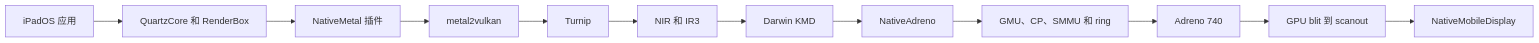
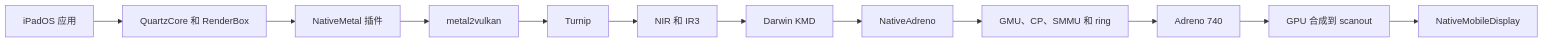
Before and after one commit to 0721GPT/UniXNU: the diagram in docs/zh/drivers/native-adreno.md, drawn with Mermaid. The commit also changed other lines of this file and 13 other files, not shown here.

````diff
--- a/docs/zh/drivers/native-adreno.md
+++ b/docs/zh/drivers/native-adreno.md
@@ -7,14 +7,14 @@
 ```mermaid
 flowchart LR
   A[iPadOS 应用] --> B[QuartzCore 和 RenderBox]
   B --> C[NativeMetal 插件]
   C --> D[metal2vulkan]
   D --> E[Turnip]
   E --> F[NIR 和 IR3]
   F --> G[Darwin KMD]
   G --> H[NativeAdreno]
   H --> I[GMU、CP、SMMU 和 ring]
   I --> J[Adreno 740]
-  J --> K[GPU blit 到 scanout]
+  J --> K[GPU 合成到 scanout]
   K --> L[NativeMobileDisplay]
 ```
````
